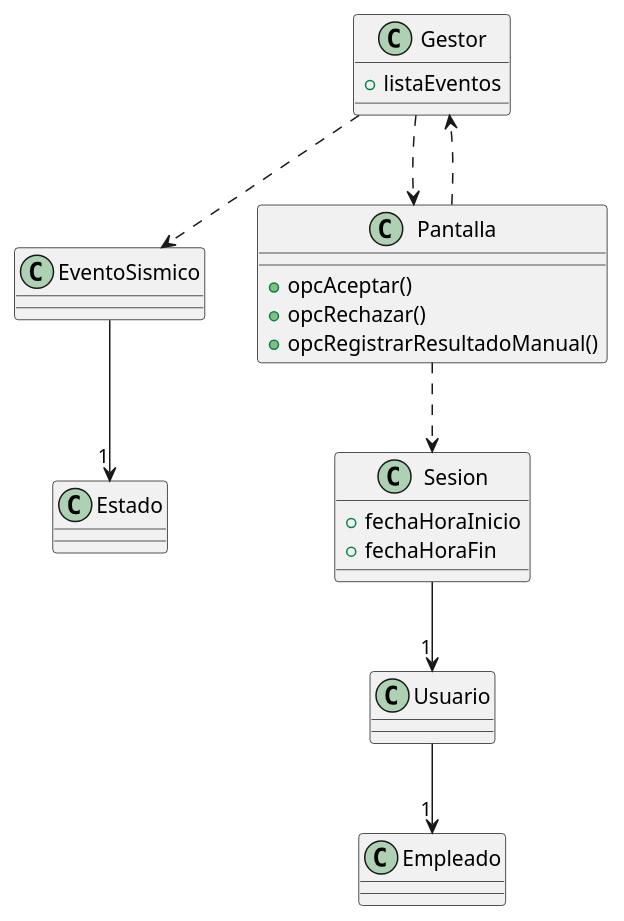
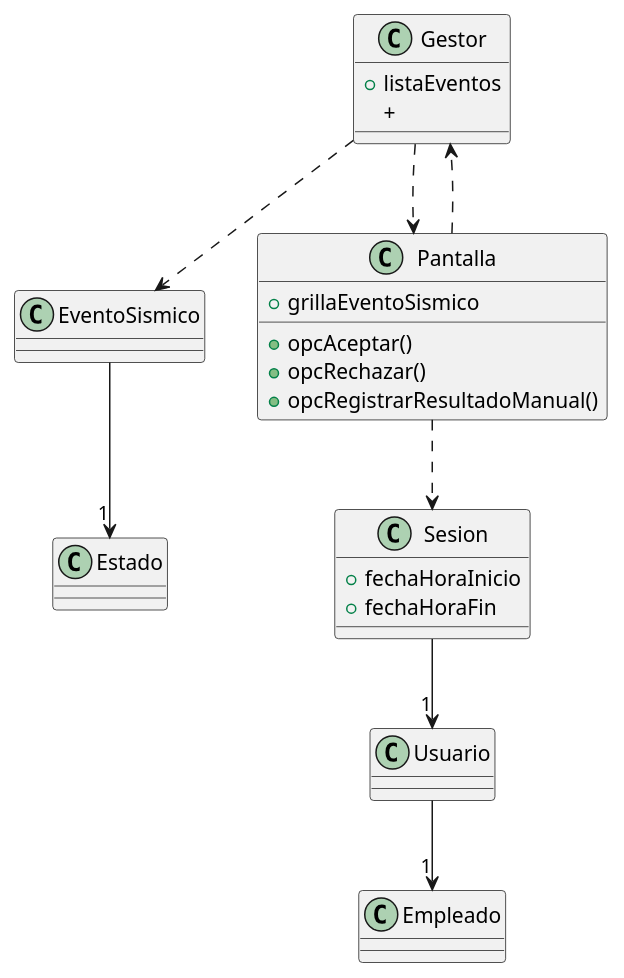
Before and after one commit to IgnacioSala20/Diagramas: the diagram in PPAI/RegistroManual/correccionCLase.puml, drawn with PlantUML. The commit also changed 3 other files, not shown here.

```diff
--- a/PPAI/RegistroManual/correccionCLase.puml
+++ b/PPAI/RegistroManual/correccionCLase.puml
@@ -1,37 +1,39 @@
 @startuml clases
 
 
 class Gestor{
     +listaEventos
+    +
 }
 
 class EventoSismico{
     
 }
 
 class Estado{}
 
 class Pantalla{
+    +grillaEventoSismico
     +opcAceptar()
     +opcRechazar()
     +opcRegistrarResultadoManual()
 }
 'La sesion'
 class Sesion{
     +fechaHoraInicio
     +fechaHoraFin
 }
 
 class Empleado{
 
 }
 class Usuario{}
 Gestor ..>Pantalla
 Pantalla ..>Gestor
 Gestor ..>EventoSismico
 EventoSismico --> "1" Estado
 Sesion --> "1" Usuario
 Usuario --> "1" Empleado
 
 Pantalla ..> Sesion
 @enduml
```
